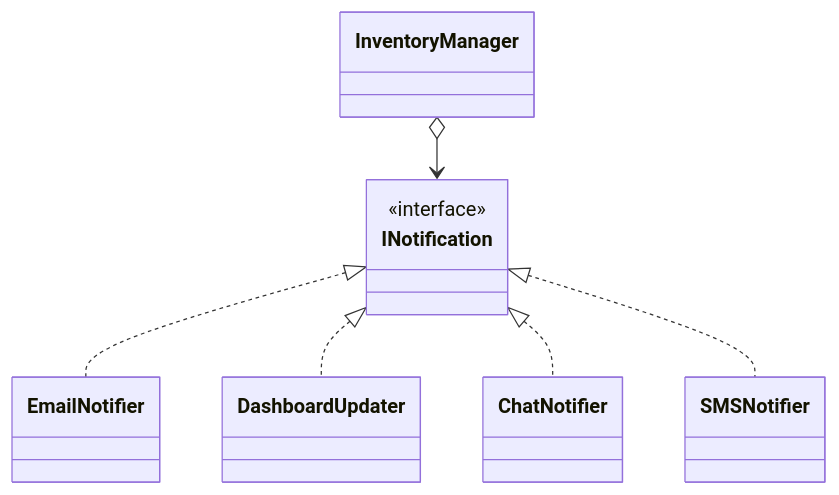
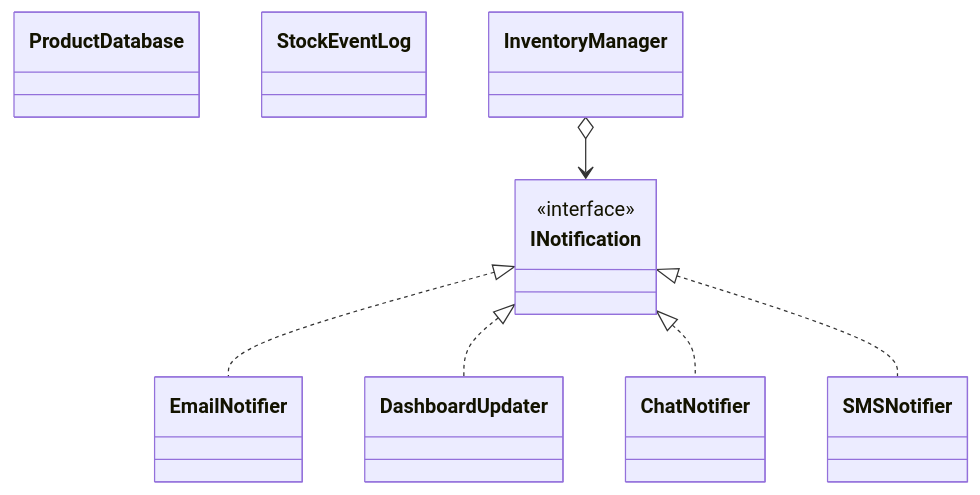
One commit to kumachan1101-pixel/DesignPattern changed the eighth of 12 diagrams in kindle/design-patterns/output/chapter07.md. Above: the diagram before and after it, drawn with Mermaid. The commit also changed other lines of this file and 19 other files, not shown here.

````diff
--- a/kindle/design-patterns/output/chapter07.md
+++ b/kindle/design-patterns/output/chapter07.md
@@ -1851,14 +1702,16 @@
 ```mermaid
 classDiagram
+    class ProductDatabase
+    class StockEventLog
     class InventoryManager
     class INotification { <<interface>> }
     class EmailNotifier
     class DashboardUpdater
     class ChatNotifier
     class SMSNotifier
     InventoryManager o--> INotification
     INotification <|.. EmailNotifier
     INotification <|.. DashboardUpdater
     INotification <|.. ChatNotifier
     INotification <|.. SMSNotifier
 ```
````
